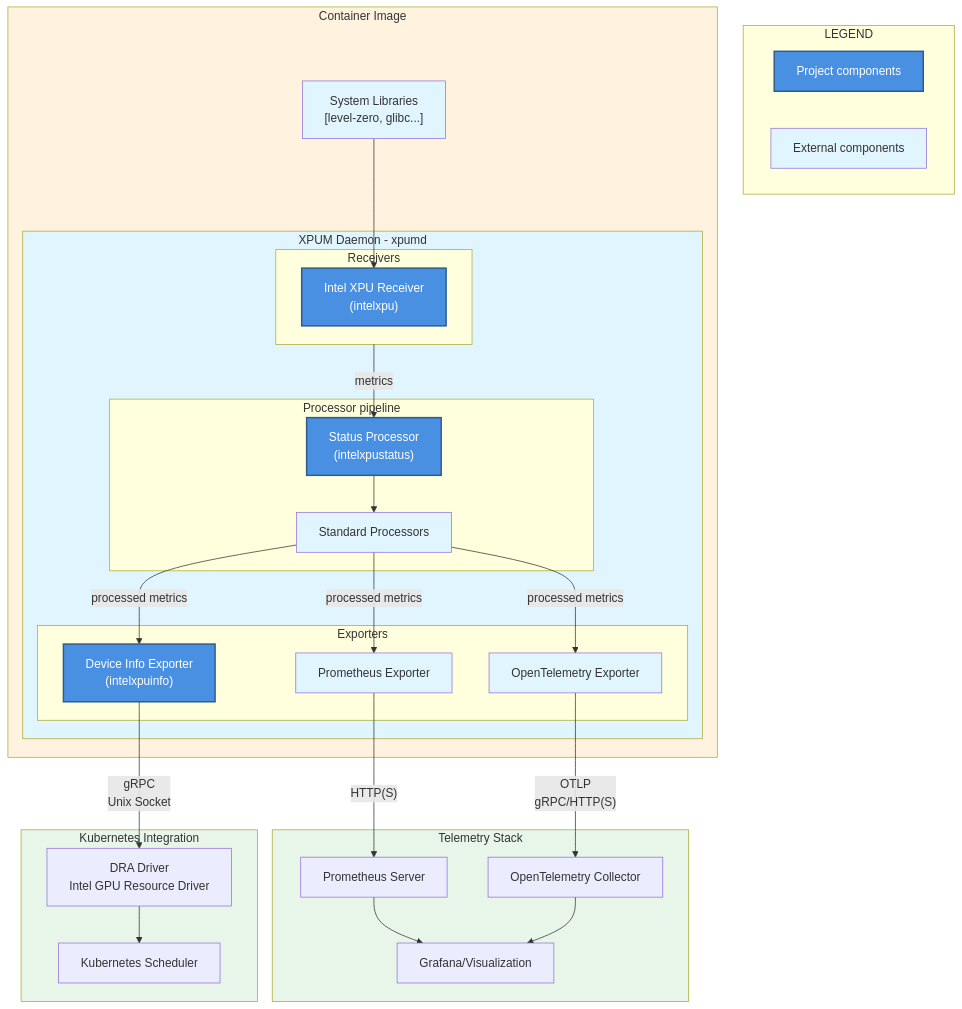
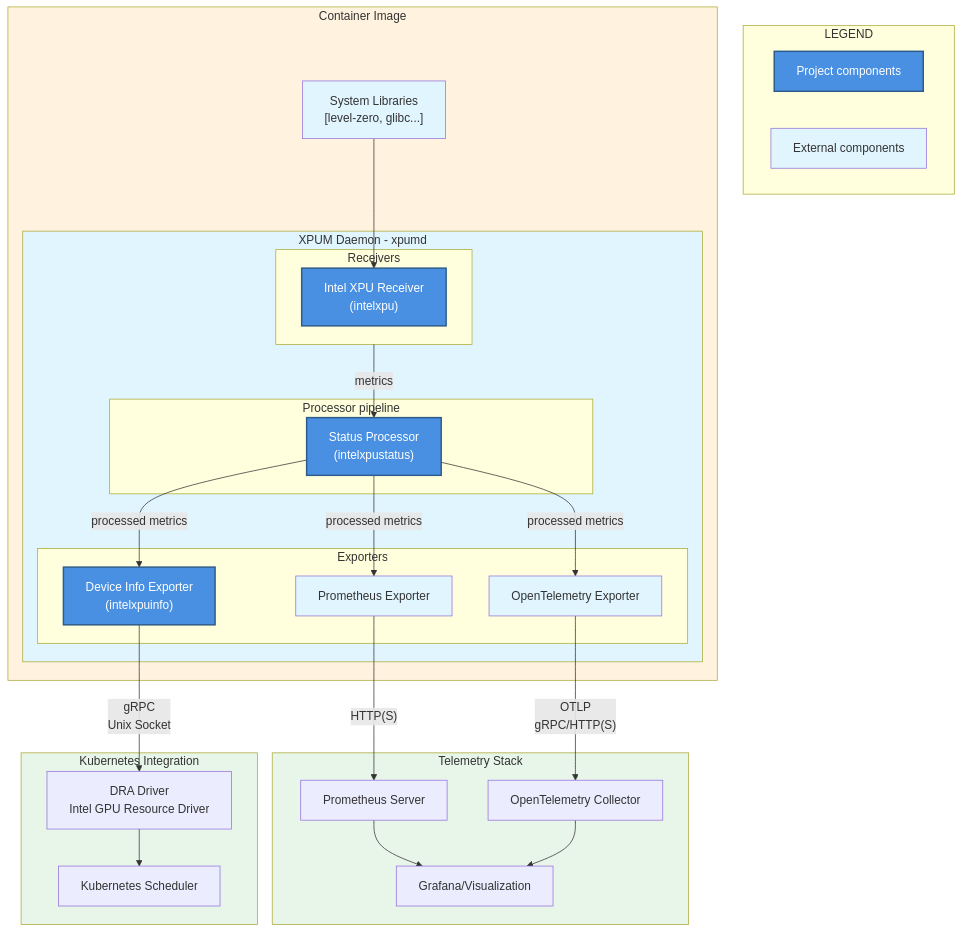
Before and after one commit to intel/xpumanager: the diagram in xpumd/README.md, drawn with Mermaid. The commit also changed other lines of this file and 5 other files, not shown here.

````diff
--- a/xpumd/README.md
+++ b/xpumd/README.md
@@ -15,70 +37,70 @@
 ```mermaid
 graph TB
     subgraph LEGEND
         LEGEND_PROJECT["Project components"]
-	LEGEND_EXTERNAL["External components"]
+        LEGEND_EXTERNAL["External components"]
     end
 
     subgraph CONT["Container Image"]
         SYSTEM_LIBRARIES["System Libraries<br/>[level-zero, glibc...]"]
 
         subgraph XPUMD["XPUM Daemon - xpumd"]
             subgraph RECV["Receivers"]
                 RECV_XPU["Intel XPU Receiver<br/>(intelxpu)"]
             end
 
             subgraph PROC["Processor pipeline"]
                 PROC_XPU["Status Processor<br/>(intelxpustatus)"]
-                PROC_OTHERS["Standard Processors"]
+                %% PROC_OTHERS["Standard Processors"] %%
             end
 
-            PROC_XPU --> PROC_OTHERS
+            %% PROC_XPU --> PROC_OTHERS %%
 
             subgraph EXP["Exporters"]
                 EXP_INFO["Device Info Exporter<br/>(intelxpuinfo)"]
                 EXP_PROM["Prometheus Exporter"]
                 EXP_OTEL["OpenTelemetry Exporter"]
             end
-
-            PROC_OTHERS -->|processed metrics| EXP_INFO
-            PROC_OTHERS -->|processed metrics| EXP_PROM
-            PROC_OTHERS -->|processed metrics| EXP_OTEL
+            %% change PROC_XPU => PROC_OTHERS if other processors added %%
+            PROC_XPU -->|processed metrics| EXP_INFO
+            PROC_XPU -->|processed metrics| EXP_PROM
+            PROC_XPU -->|processed metrics| EXP_OTEL
         end
     end
 
     subgraph TELEM["Telemetry Stack"]
         PROM["Prometheus Server"]
         OTEL_COL["OpenTelemetry Collector"]
         GRAFANA["Grafana/Visualization"]
     end
 
     subgraph K8S["Kubernetes Integration"]
         DRA["DRA Driver<br/>Intel GPU Resource Driver"]
         SCHEDULER["Kubernetes Scheduler"]
     end
 
     SYSTEM_LIBRARIES --> RECV_XPU
     RECV -->|metrics| PROC_XPU
 
     EXP_PROM -->|"HTTP(S)"| PROM
     EXP_OTEL -->|"OTLP<br/>gRPC/HTTP(S)"| OTEL_COL
     PROM --> GRAFANA
     OTEL_COL --> GRAFANA
 
     EXP_INFO -->|"gRPC<br/>Unix Socket"| DRA
     DRA --> SCHEDULER
 
     style LEGEND_PROJECT fill:#4a90e2,stroke:#2e5c8a,stroke-width:2px,color:#fff
     style LEGEND_EXTERNAL fill:#e1f5ff
     style SYSTEM_LIBRARIES fill:#e1f5ff
     style XPUMD fill:#e1f5ff
-    style PROC_OTHERS fill:#e1f5ff
+    %% style PROC_OTHERS fill:#e1f5ff %%
     style EXP_PROM fill:#e1f5ff
     style EXP_OTEL fill:#e1f5ff
     style CONT fill:#fff3e0
     style K8S fill:#e8f5e9
     style TELEM fill:#e8f5e9
     style RECV_XPU fill:#4a90e2,stroke:#2e5c8a,stroke-width:2px,color:#fff
     style PROC_XPU fill:#4a90e2,stroke:#2e5c8a,stroke-width:2px,color:#fff
     style EXP_INFO fill:#4a90e2,stroke:#2e5c8a,stroke-width:2px,color:#fff
 ```
````
